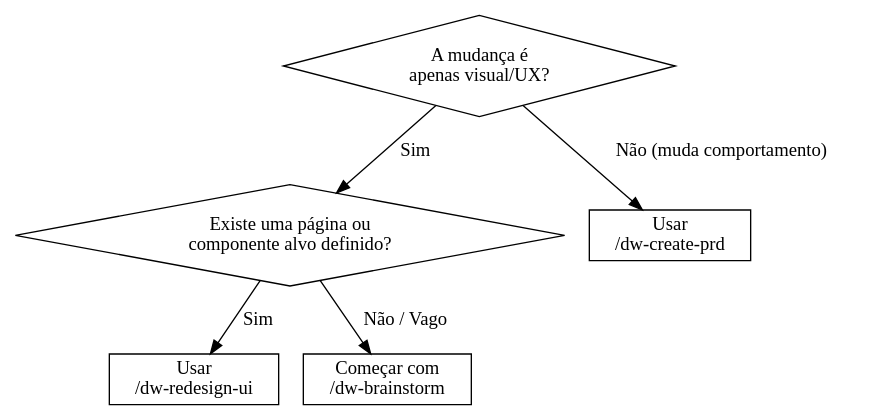
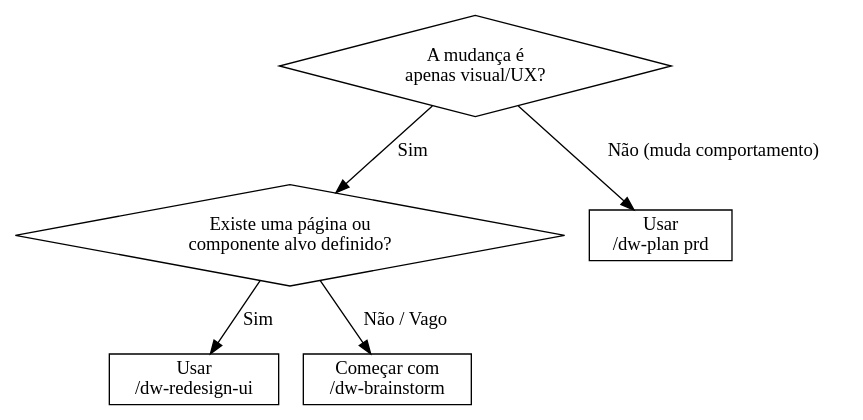
The diagram in scaffold/pt-br/commands/dw-redesign-ui.md (brunosps00/dev-workflow), drawn with Graphviz before and after one commit. The commit also changed other lines of this file and 86 other files, not shown here.

````diff
--- a/scaffold/pt-br/commands/dw-redesign-ui.md
+++ b/scaffold/pt-br/commands/dw-redesign-ui.md
@@ -22,16 +22,16 @@
 ```dot
 digraph redesign_decision {
   rankdir=TB;
   node [shape=diamond];
   Q1 [label="A mudança é\napenas visual/UX?"];
   Q2 [label="Existe uma página ou\ncomponente alvo definido?"];
   node [shape=box];
   REDESIGN [label="Usar\n/dw-redesign-ui"];
-  PRD [label="Usar\n/dw-create-prd"];
+  PRD [label="Usar\n/dw-plan prd"];
   BRAINSTORM [label="Começar com\n/dw-brainstorm"];
   Q1 -> PRD [label="Não (muda comportamento)"];
   Q1 -> Q2 [label="Sim"];
   Q2 -> REDESIGN [label="Sim"];
   Q2 -> BRAINSTORM [label="Não / Vago"];
 }
 ```
````
